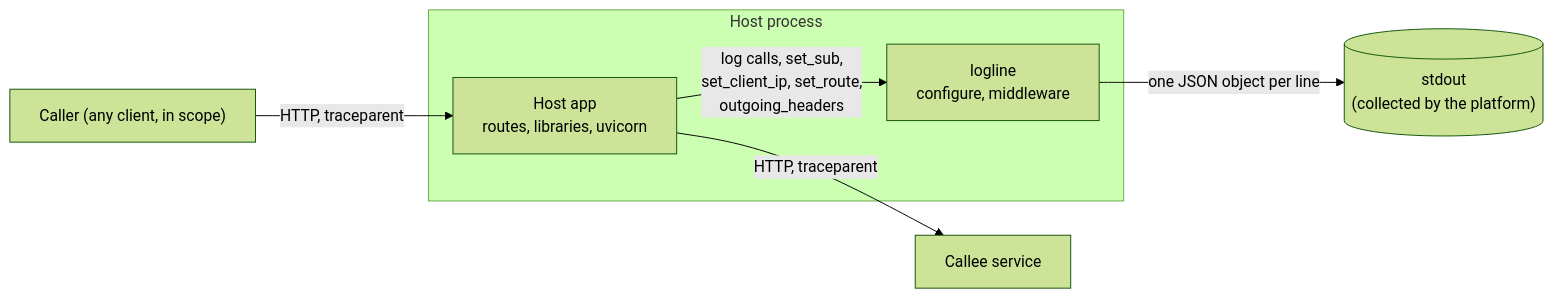
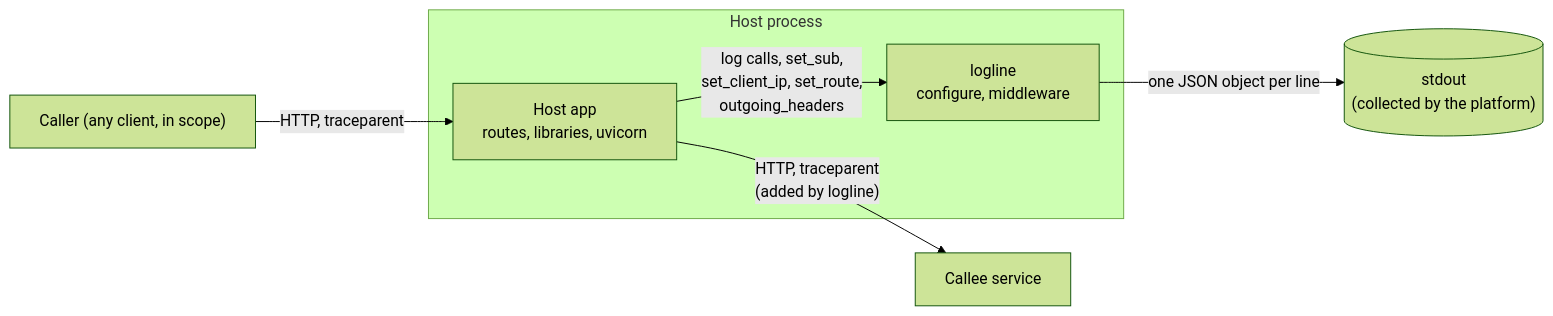
Before and after one commit to overnightworks/logline: the first of 2 diagrams in docs/ARCHITECTURE.md, drawn with Mermaid (forest theme). The commit also changed other lines of this file and 18 other files, not shown here.

````diff
--- a/docs/ARCHITECTURE.md
+++ b/docs/ARCHITECTURE.md
@@ -8,9 +8,9 @@
 ```mermaid
 flowchart LR
     subgraph process["Host process"]
         host["Host app<br/>routes, libraries, uvicorn"] -- "log calls, set_sub,<br/>set_client_ip, set_route,<br/>outgoing_headers" --> logline["logline<br/>configure, middleware"]
     end
     logline -- "one JSON object per line" --> stdout[("stdout<br/>(collected by the platform)")]
     client["Caller (any client, in scope)"] -- "HTTP, traceparent" --> host
-    host -- "HTTP, traceparent" --> callee["Callee service"]
+    host -- "HTTP, traceparent<br/>(added by logline)" --> callee["Callee service"]
 ```
````
